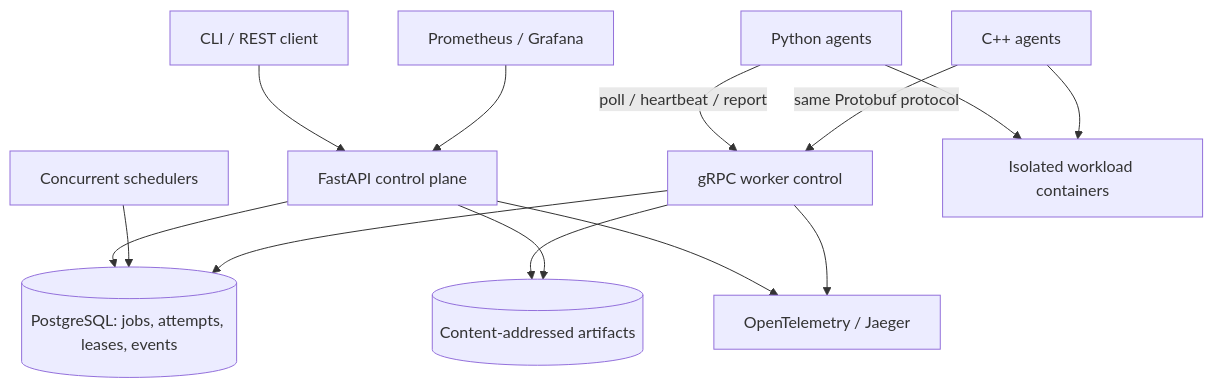
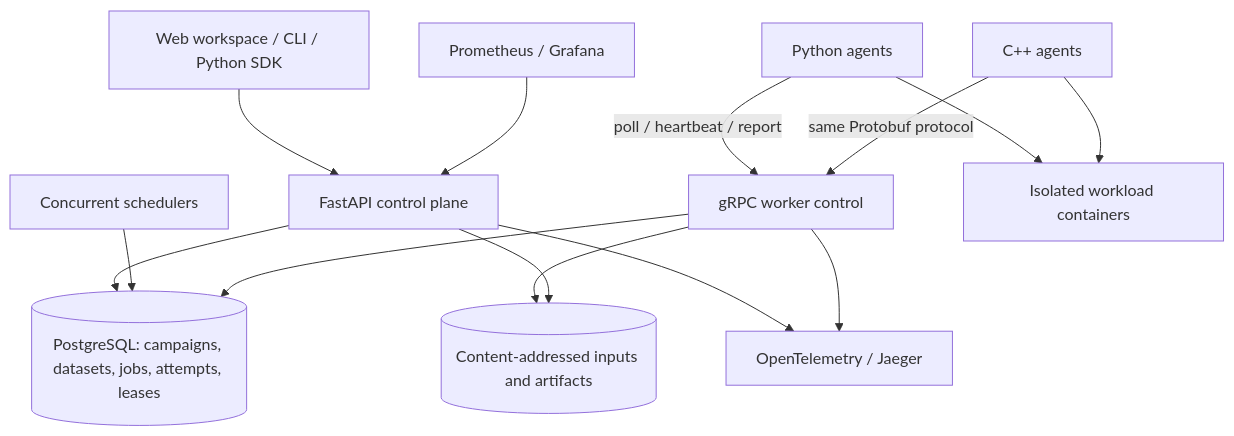
One commit to gragi-1/strata-compute-engine changed the diagram in README.md. Above: the diagram before and after it, drawn with Mermaid. The commit also changed other lines of this file and 72 other files, not shown here.

````diff
--- a/README.md
+++ b/README.md
@@ -13,16 +21,16 @@
 ```mermaid
 flowchart TD
-    Client[CLI / REST client] --> API[FastAPI control plane]
-    API --> DB[(PostgreSQL: jobs, attempts, leases, events)]
+    Client[Web workspace / CLI / Python SDK] --> API[FastAPI control plane]
+    API --> DB[(PostgreSQL: campaigns, datasets, jobs, attempts, leases)]
     Scheduler[Concurrent schedulers] --> DB
     RPC[gRPC worker control] --> DB
     Python[Python agents] -->|poll / heartbeat / report| RPC
     CPP[C++ agents] -->|same Protobuf protocol| RPC
     Python --> Containers[Isolated workload containers]
     CPP --> Containers
-    RPC --> Artifacts[(Content-addressed artifacts)]
+    RPC --> Artifacts[(Content-addressed inputs and artifacts)]
     API --> Artifacts
     Prometheus[Prometheus / Grafana] --> API
     API --> Tracing[OpenTelemetry / Jaeger]
     RPC --> Tracing
 ```
````
